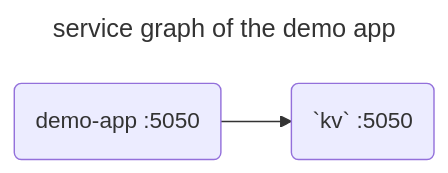
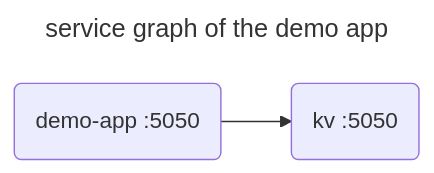
The diagram in app/_src/quickstart/kubernetes-demo.md (kumahq/kuma-website), drawn with Mermaid before and after one commit. The commit also changed other lines of this file and 6 other files, not shown here.

```diff
--- a/app/_src/quickstart/kubernetes-demo.md
+++ b/app/_src/quickstart/kubernetes-demo.md
@@ -11,9 +11,9 @@
 {% mermaid %}
 ---
 title: service graph of the demo app
 ---
 flowchart LR
 demo-app(demo-app :5050)
-kv(`kv` :5050)
+kv(kv :5050)
 demo-app --> kv
 {% endmermaid %}
```
